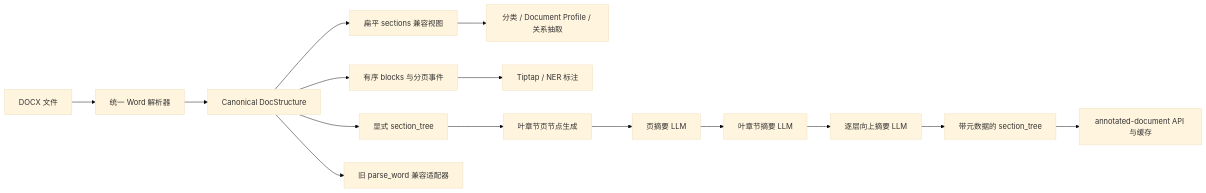
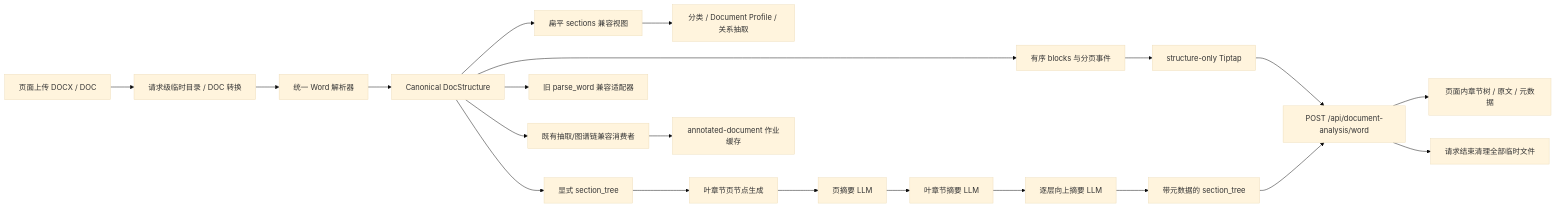
Before and after one commit to chunpingji/ontology-agent: the first of 2 diagrams in docs/Word章节树与分层摘要能力设计方案.md, drawn with Mermaid (base theme). The commit also changed other lines of this file and 33 other files, not shown here.

````diff
--- a/docs/Word章节树与分层摘要能力设计方案.md
+++ b/docs/Word章节树与分层摘要能力设计方案.md
@@ -68,20 +68,27 @@
 ```mermaid
 flowchart LR
-    A[DOCX 文件] --> B[统一 Word 解析器]
+    A[页面上传 DOCX / DOC] --> T[请求级临时目录 / DOC 转换]
+    T --> B[统一 Word 解析器]
     B --> C[Canonical DocStructure]
     C --> D[扁平 sections 兼容视图]
     C --> E[显式 section_tree]
     C --> F[有序 blocks 与分页事件]
 
     D --> G[分类 / Document Profile / 关系抽取]
     C --> H[旧 parse_word 兼容适配器]
-    F --> I[Tiptap / NER 标注]
+    F --> I[structure-only Tiptap]
 
     E --> J[叶章节页节点生成]
     J --> K[页摘要 LLM]
     K --> L[叶章节摘要 LLM]
     L --> M[逐层向上摘要 LLM]
     M --> N[带元数据的 section_tree]
 
-    N --> O[annotated-document API 与缓存]
+    I --> O[POST /api/document-analysis/word]
+    N --> O
+    O --> P[页面内章节树 / 原文 / 元数据]
+    O --> Q[请求结束清理全部临时文件]
+
+    C --> X[既有抽取/图谱链兼容消费者]
+    X --> Y[annotated-document 作业缓存]
 ```
````
